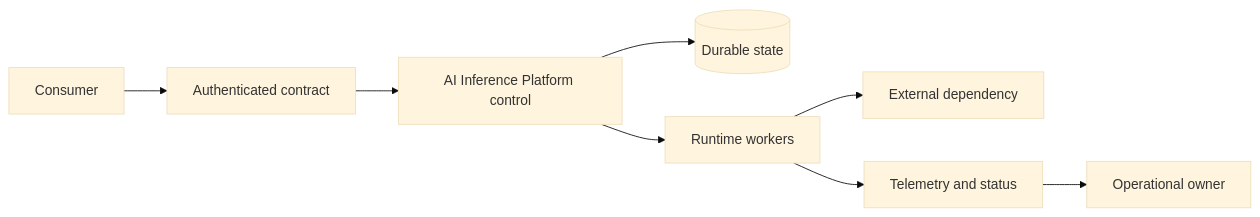
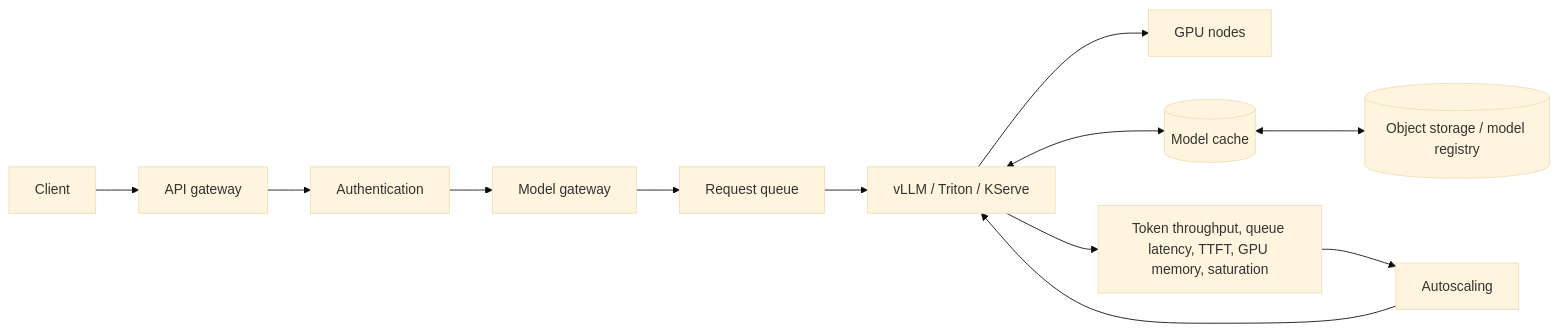
Before and after one commit to m1mohamad/devops-sre-prep: the diagram in docs/architecture/ai-inference-platform.md, drawn with Mermaid (base theme). The commit also changed other lines of this file and 61 other files, not shown here.

Commit message:
Replace generic architecture and study templates

````diff
--- a/docs/architecture/ai-inference-platform.md
+++ b/docs/architecture/ai-inference-platform.md
@@ -15,10 +15,10 @@
 ```mermaid
 flowchart LR
-  User[Consumer] --> Edge[Authenticated contract]
-  Edge --> Control[AI Inference Platform control]
-  Control --> State[(Durable state)]
-  Control --> Runtime[Runtime workers]
-  Runtime --> Dependency[External dependency]
-  Runtime --> Signals[Telemetry and status]
-  Signals --> Owner[Operational owner]
+  Client[Client] --> API[API gateway] --> Auth[Authentication] --> Gateway[Model gateway] --> Queue[Request queue]
+  Queue --> Serve[vLLM / Triton / KServe] --> GPU[GPU nodes]
+  Serve <--> Cache[(Model cache)]
+  Cache <--> Registry[(Object storage / model registry)]
+  Scale[Autoscaling] --> Serve
+  Metrics[Token throughput, queue latency, TTFT, GPU memory, saturation] --> Scale
+  Serve --> Metrics
 ```
````
